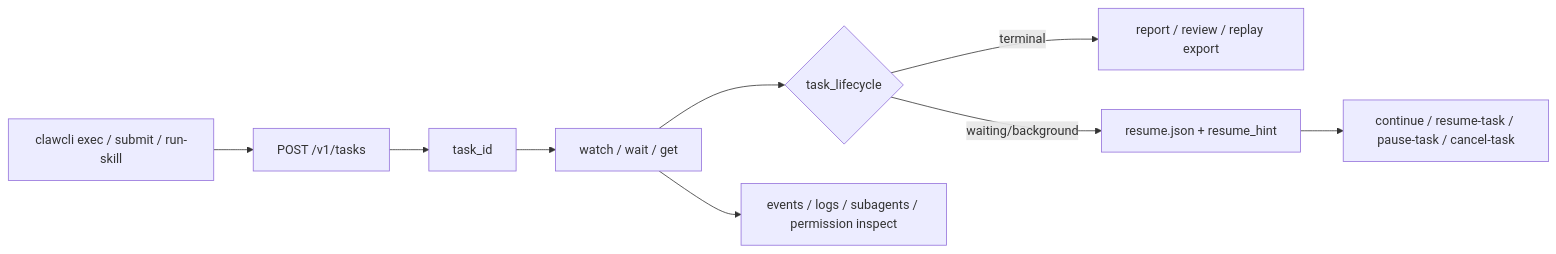
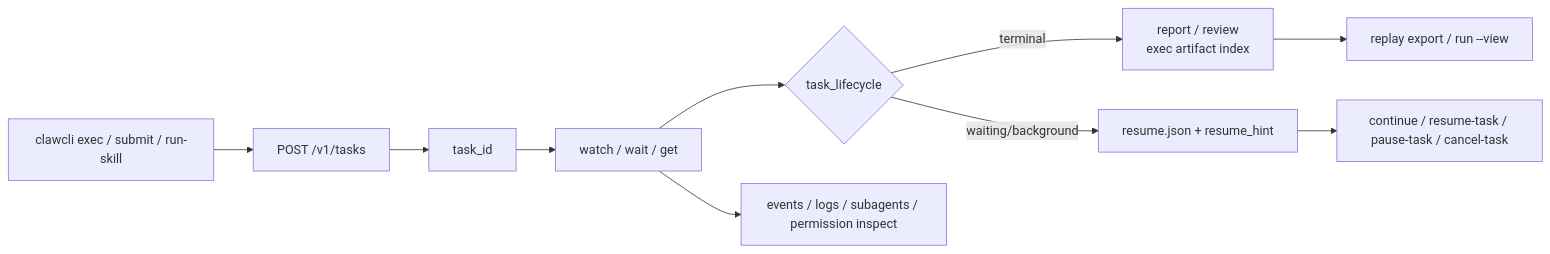
Before and after one commit to MatrixCoreX/RustClaw: the fifth of 5 diagrams in README.md, drawn with Mermaid. The commit also changed other lines of this file and 2 other files, not shown here.

````diff
--- a/README.md
+++ b/README.md
@@ -457,11 +457,12 @@
 ```mermaid
 flowchart LR
     A[clawcli exec / submit / run-skill] --> B[POST /v1/tasks]
     B --> C[task_id]
     C --> D[watch / wait / get]
     D --> E{task_lifecycle}
-    E -->|terminal| F[report / review / replay export]
+    E -->|terminal| F[report / review<br/>exec artifact index]
+    F --> R[replay export / run --view]
     E -->|waiting/background| G[resume.json + resume_hint]
     G --> H[continue / resume-task / pause-task / cancel-task]
     D --> I[events / logs / subagents / permission inspect]
 ```
````
